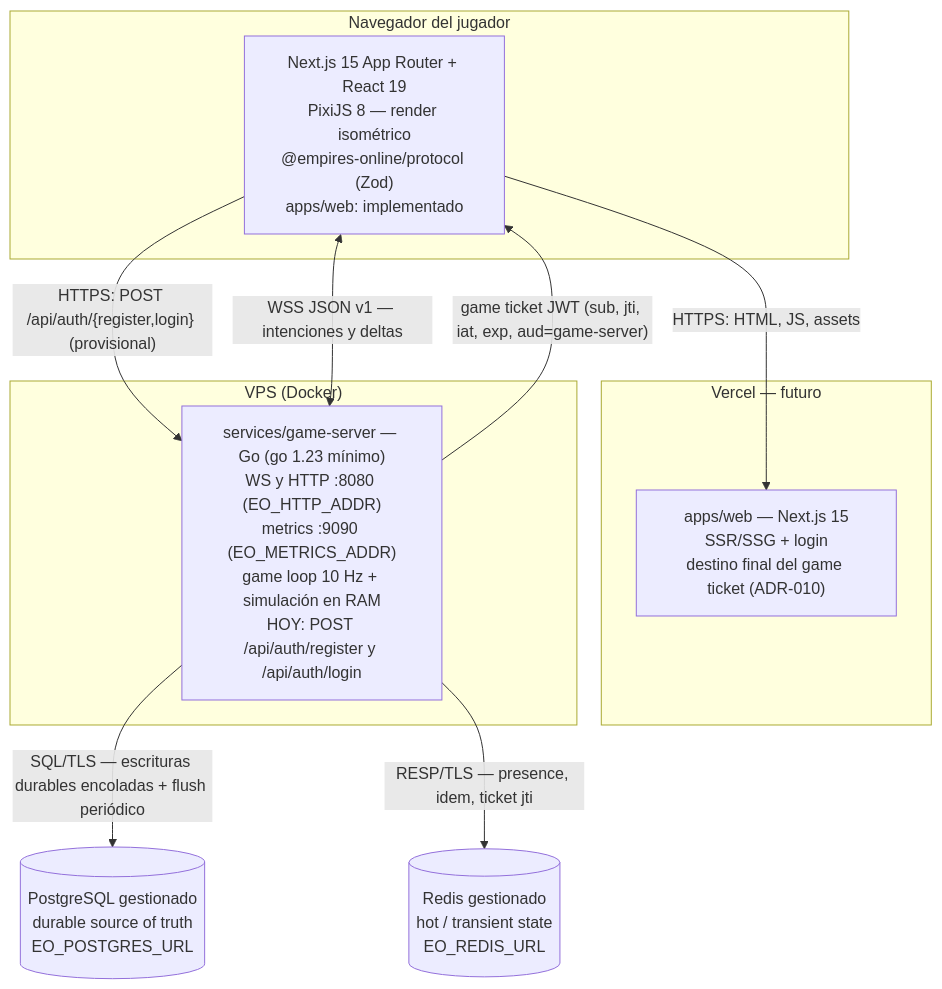
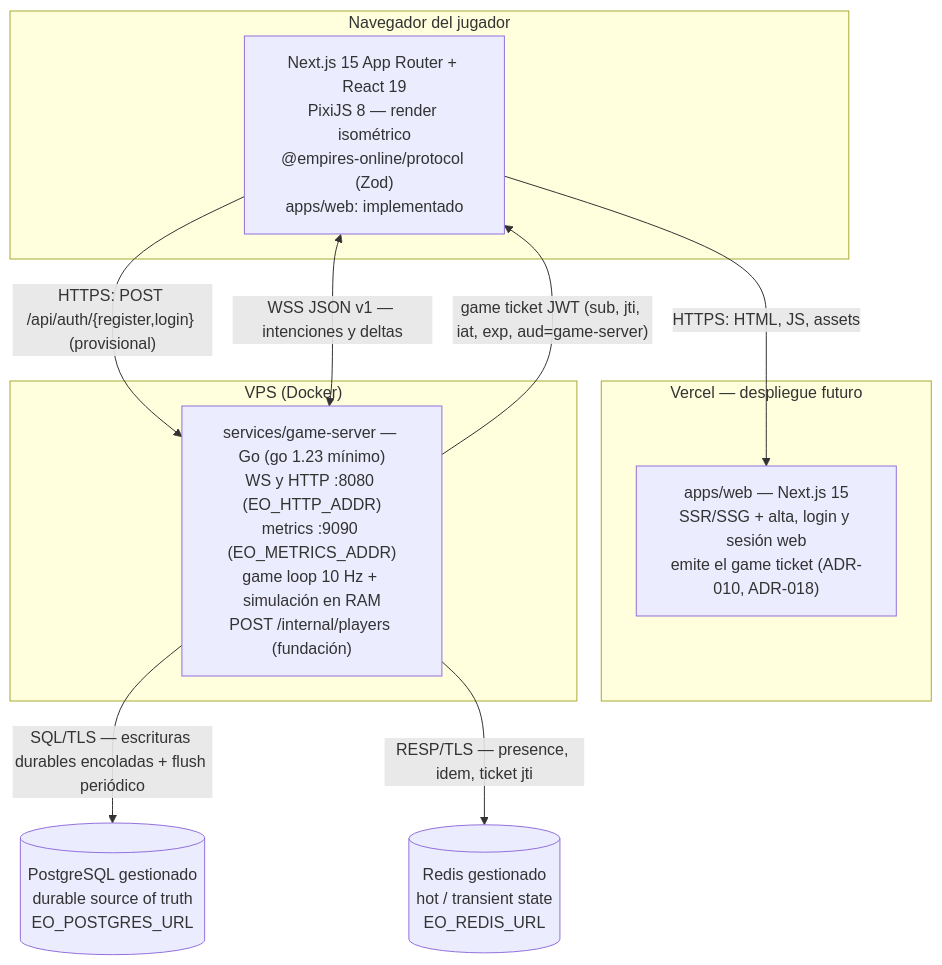
The first of 2 diagrams in docs/architecture/overview.md (sonetlumiere-code/empires-online), drawn with Mermaid before and after one commit. The commit also changed other lines of this file and 104 other files, not shown here.

````diff
--- a/docs/architecture/overview.md
+++ b/docs/architecture/overview.md
@@ -54,24 +54,24 @@
 ```mermaid
 flowchart TB
     subgraph browser["Navegador del jugador"]
         UI["Next.js 15 App Router + React 19<br/>PixiJS 8 — render isométrico<br/>@empires-online/protocol (Zod)<br/>apps/web: implementado"]
     end
 
-    subgraph vercel["Vercel — futuro"]
-        WEB["apps/web — Next.js 15<br/>SSR/SSG + login<br/>destino final del game ticket (ADR-010)"]
+    subgraph vercel["Vercel — despliegue futuro"]
+        WEB["apps/web — Next.js 15<br/>SSR/SSG + alta, login y sesión web<br/>emite el game ticket (ADR-010, ADR-018)"]
     end
 
     subgraph vps["VPS (Docker)"]
-        GS["services/game-server — Go (go 1.23 mínimo)<br/>WS y HTTP :8080 (EO_HTTP_ADDR)<br/>metrics :9090 (EO_METRICS_ADDR)<br/>game loop 10 Hz + simulación en RAM<br/>HOY: POST /api/auth/register y /api/auth/login"]
+        GS["services/game-server — Go (go 1.23 mínimo)<br/>WS y HTTP :8080 (EO_HTTP_ADDR)<br/>metrics :9090 (EO_METRICS_ADDR)<br/>game loop 10 Hz + simulación en RAM<br/>POST /internal/players (fundación)"]
     end
 
     PG[("PostgreSQL gestionado<br/>durable source of truth<br/>EO_POSTGRES_URL")]
     RD[("Redis gestionado<br/>hot / transient state<br/>EO_REDIS_URL")]
 
     UI -->|"HTTPS: HTML, JS, assets"| WEB
     UI -->|"HTTPS: POST /api/auth/{register,login} (provisional)"| GS
     GS -->|"game ticket JWT (sub, jti, iat, exp, aud=game-server)"| UI
     UI <-->|"WSS JSON v1 — intenciones y deltas"| GS
     GS -->|"SQL/TLS — escrituras durables encoladas + flush periódico"| PG
     GS -->|"RESP/TLS — presence, idem, ticket jti"| RD
 ```
````
